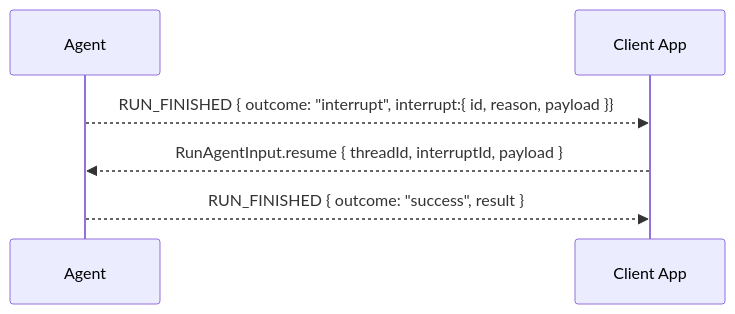
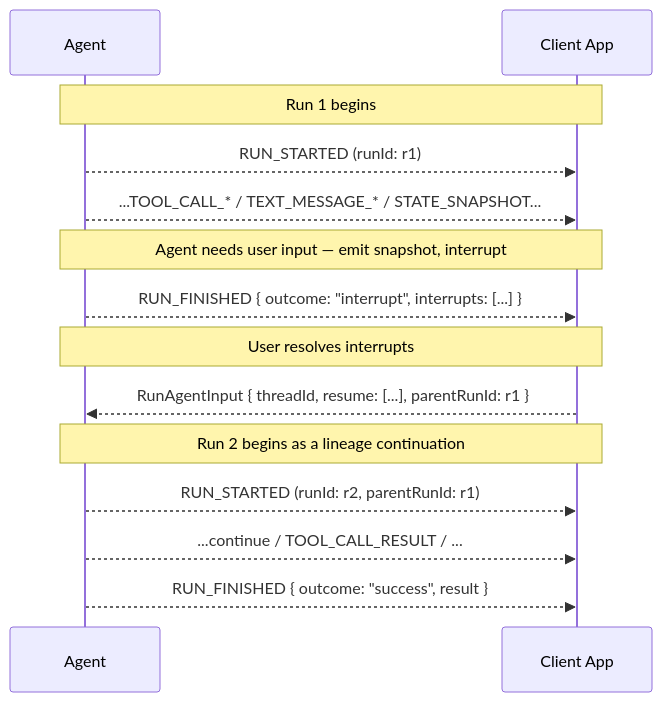
The diagram in docs/drafts/interrupts.mdx (ag-ui-protocol/ag-ui), drawn with Mermaid before and after one commit. The commit also changed other lines of this file, not shown here.

First line of the commit message:
docs(proposal): expand interrupt-aware run lifecycle draft

````diff
--- a/docs/drafts/interrupts.mdx
+++ b/docs/drafts/interrupts.mdx
@@ -32,9 +43,19 @@
 ```mermaid
 sequenceDiagram
   participant Agent
   participant Client as Client App
 
-  Agent-->>Client: RUN_FINISHED { outcome: "interrupt", interrupt:{ id, reason, payload }}
-  Client-->>Agent: RunAgentInput.resume { threadId, interruptId, payload }
+  Note over Agent,Client: Run 1 begins
+  Agent-->>Client: RUN_STARTED (runId: r1)
+  Agent-->>Client: ...TOOL_CALL_* / TEXT_MESSAGE_* / STATE_SNAPSHOT...
+  Note over Agent,Client: Agent needs user input — emit snapshot, interrupt
+  Agent-->>Client: RUN_FINISHED { outcome: "interrupt", interrupts: [...] }
+
+  Note over Agent,Client: User resolves interrupts
+  Client-->>Agent: RunAgentInput { threadId, resume: [...], parentRunId: r1 }
+
+  Note over Agent,Client: Run 2 begins as a lineage continuation
+  Agent-->>Client: RUN_STARTED (runId: r2, parentRunId: r1)
+  Agent-->>Client: ...continue / TOOL_CALL_RESULT / ...
   Agent-->>Client: RUN_FINISHED { outcome: "success", result }
 ```
````
